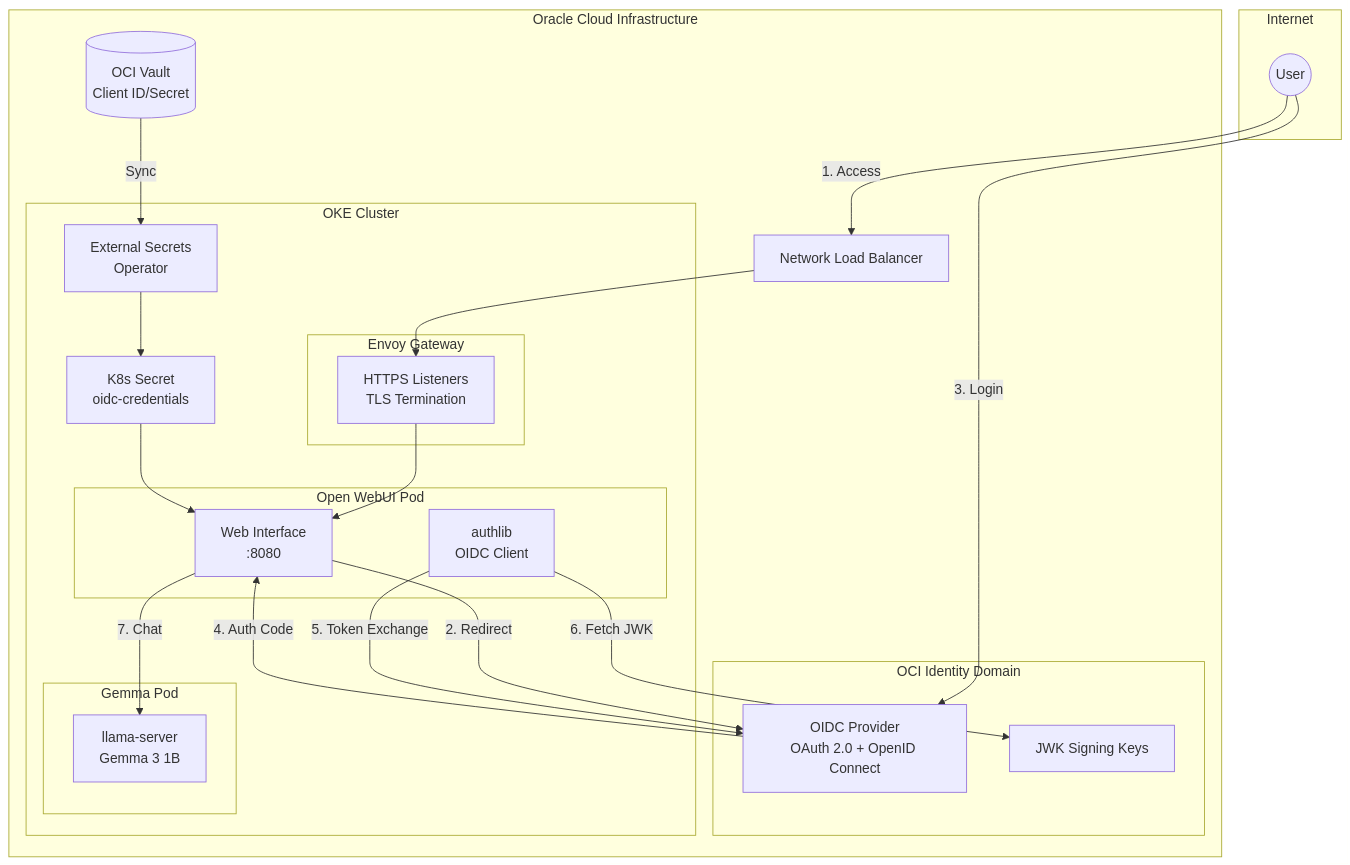
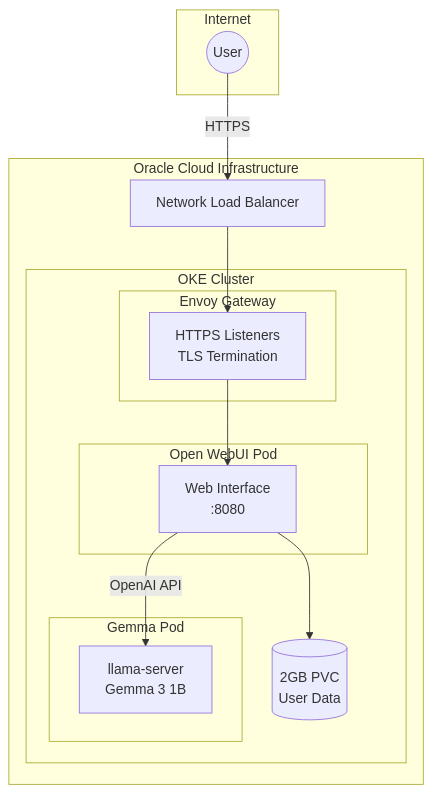
One commit to nsudhanva/k8s-oracle changed the diagram in docs/src/content/docs/architecture/open-webui.mdx. Above: the diagram before and after it, drawn with Mermaid. The commit also changed other lines of this file and 3 other files, not shown here.

````diff
--- a/docs/src/content/docs/architecture/open-webui.mdx
+++ b/docs/src/content/docs/architecture/open-webui.mdx
@@ -24,48 +24,32 @@
 ```mermaid
 flowchart TB
     subgraph Internet
         User((User))
     end
 
     subgraph OCI["Oracle Cloud Infrastructure"]
-        subgraph Identity["OCI Identity Domain"]
-            OIDC[OIDC Provider<br/>OAuth 2.0 + OpenID Connect]
-            JWK[JWK Signing Keys]
-        end
-
         LB[Network Load Balancer]
 
         subgraph OKE["OKE Cluster"]
             subgraph Gateway["Envoy Gateway"]
                 EG[HTTPS Listeners<br/>TLS Termination]
             end
 
             subgraph OpenWebUI["Open WebUI Pod"]
                 UI[Web Interface<br/>:8080]
-                OAuth[authlib<br/>OIDC Client]
             end
 
             subgraph GemmaPod["Gemma Pod"]
                 LLM[llama-server<br/>Gemma 3 1B]
             end
 
-            ESO[External Secrets<br/>Operator]
-            Secret[K8s Secret<br/>oidc-credentials]
+            PVC[(2GB PVC<br/>User Data)]
         end
-
-        Vault[(OCI Vault<br/>Client ID/Secret)]
     end
 
-    User -->|1. Access| LB
+    User -->|HTTPS| LB
     LB --> EG
     EG --> UI
-    UI -->|2. Redirect| OIDC
-    User -->|3. Login| OIDC
-    OIDC -->|4. Auth Code| UI
-    OAuth -->|5. Token Exchange| OIDC
-    OAuth -->|6. Fetch JWK| JWK
-    UI -->|7. Chat| LLM
-    Vault -->|Sync| ESO
-    ESO --> Secret
-    Secret --> UI
+    UI -->|OpenAI API| LLM
+    UI --> PVC
 ```
````
